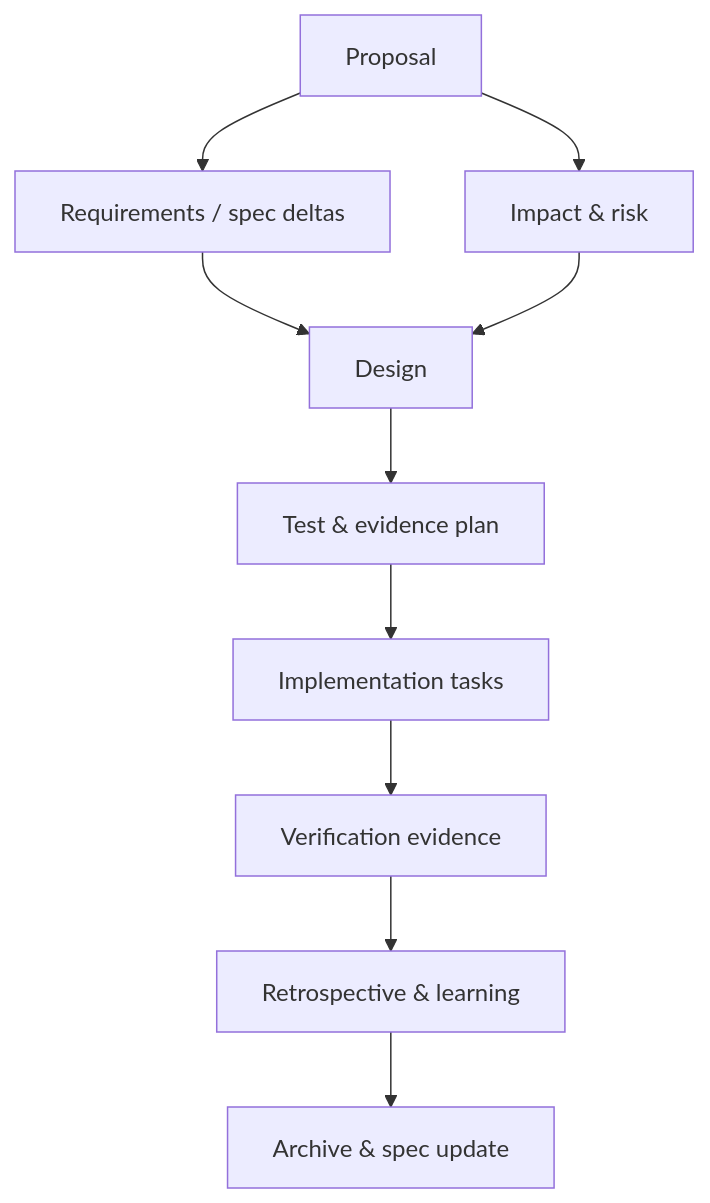
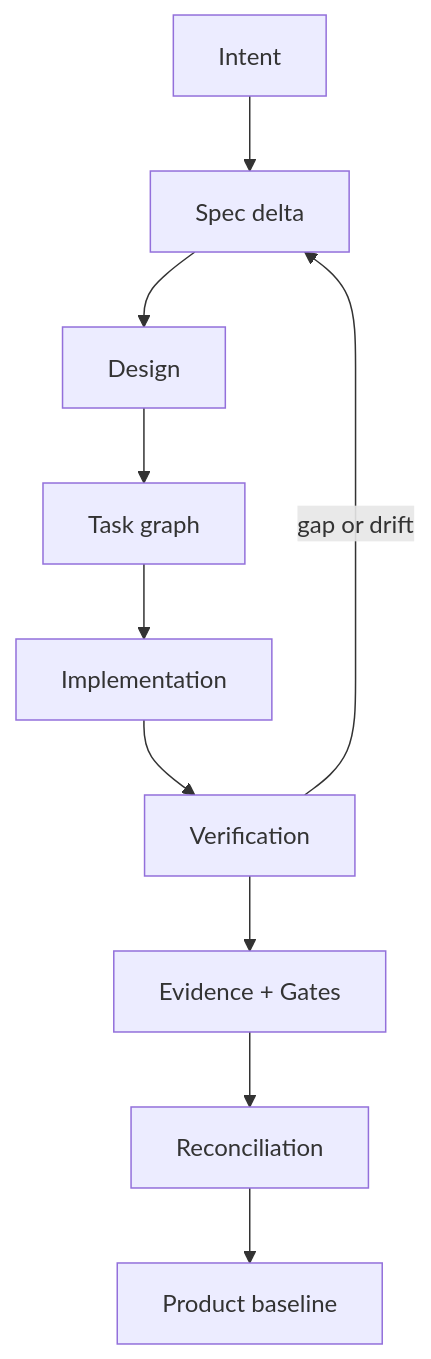
One commit to vadagama/dark-factory-mvp changed the fourth of 5 diagrams in docs/hld.md. Above: the diagram before and after it, drawn with Mermaid. The commit also changed other lines of this file and 11 other files, not shown here.

````diff
--- a/docs/hld.md
+++ b/docs/hld.md
@@ -292,12 +286,12 @@
 ```mermaid
 flowchart TD
-    P["Proposal"] --> S["Requirements / spec deltas"]
-    P --> I["Impact & risk"]
+    I["Intent"] --> S["Spec delta"]
     S --> D["Design"]
-    I --> D
-    D --> T["Test & evidence plan"]
-    T --> W["Implementation tasks"]
-    W --> V["Verification evidence"]
-    V --> R["Retrospective & learning"]
-    R --> A["Archive & spec update"]
+    D --> T["Task graph"]
+    T --> X["Implementation"]
+    X --> V["Verification"]
+    V --> E["Evidence + Gates"]
+    E --> R["Reconciliation"]
+    R --> B["Product baseline"]
+    V -->|gap or drift| S
 ```
````
